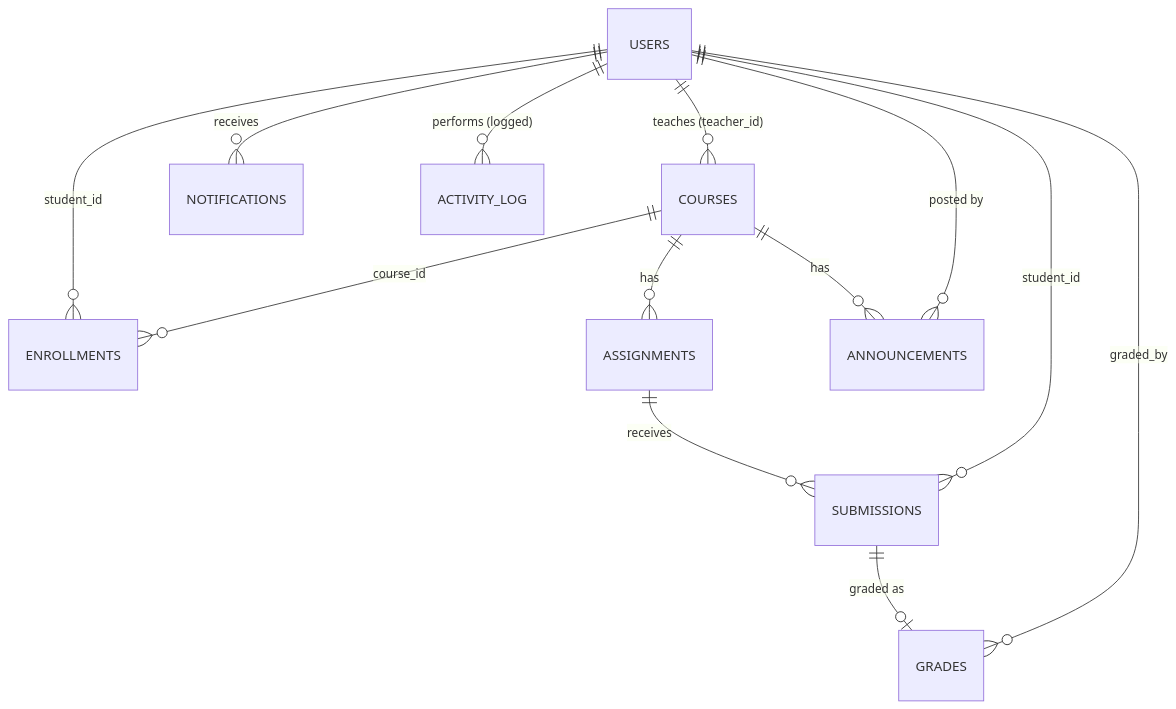
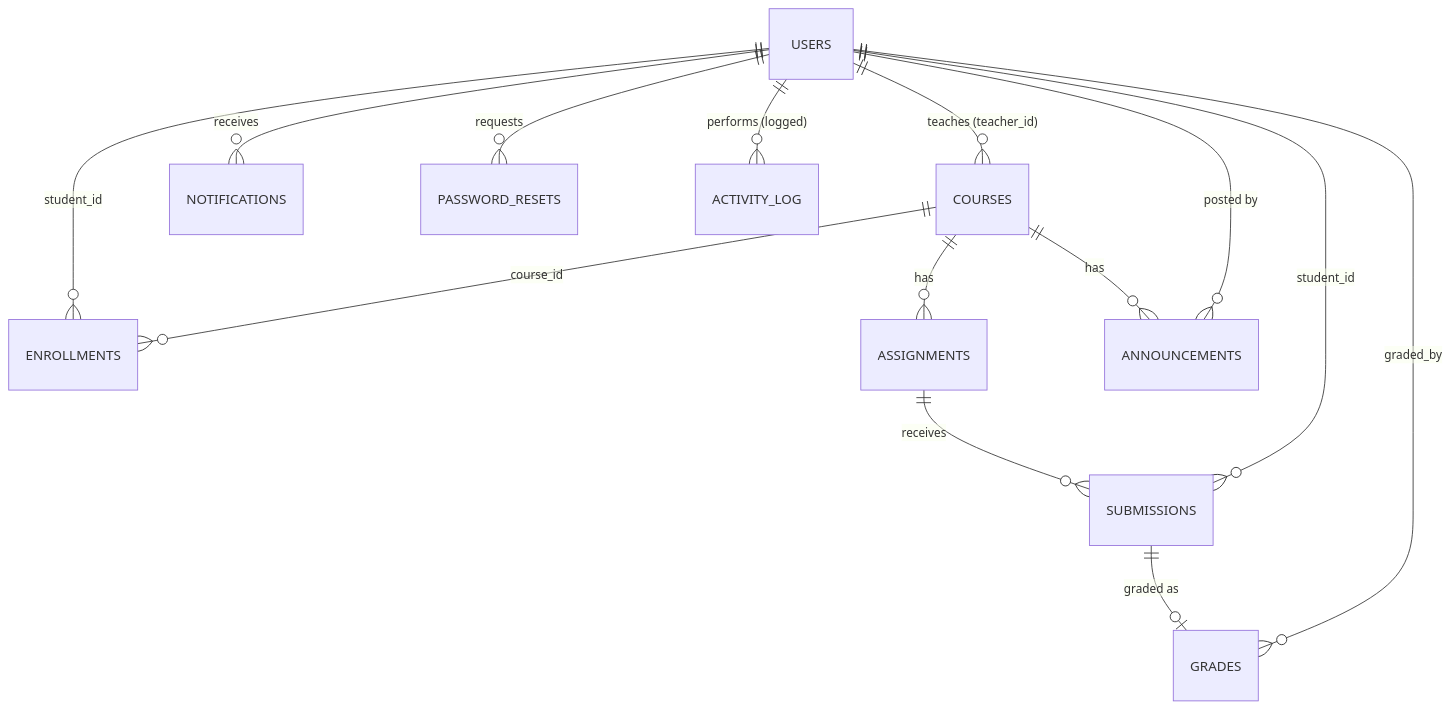
The diagram in README.md (tanisha09jain/STUDENT-ASSIGNMENT-SYSTEM), drawn with Mermaid before and after one commit. The commit also changed other lines of this file and 8 other files, not shown here.

````diff
--- a/README.md
+++ b/README.md
@@ -80,15 +80,16 @@
 ```mermaid
 erDiagram
   USERS ||--o{ COURSES : "teaches (teacher_id)"
   USERS ||--o{ ENROLLMENTS : "student_id"
   COURSES ||--o{ ENROLLMENTS : "course_id"
   COURSES ||--o{ ASSIGNMENTS : has
   ASSIGNMENTS ||--o{ SUBMISSIONS : receives
   USERS ||--o{ SUBMISSIONS : "student_id"
   SUBMISSIONS ||--o| GRADES : "graded as"
   USERS ||--o{ GRADES : "graded_by"
   COURSES ||--o{ ANNOUNCEMENTS : has
   USERS ||--o{ ANNOUNCEMENTS : "posted by"
   USERS ||--o{ NOTIFICATIONS : receives
+  USERS ||--o{ PASSWORD_RESETS : requests
   USERS ||--o{ ACTIVITY_LOG : "performs (logged)"
 ```
````
